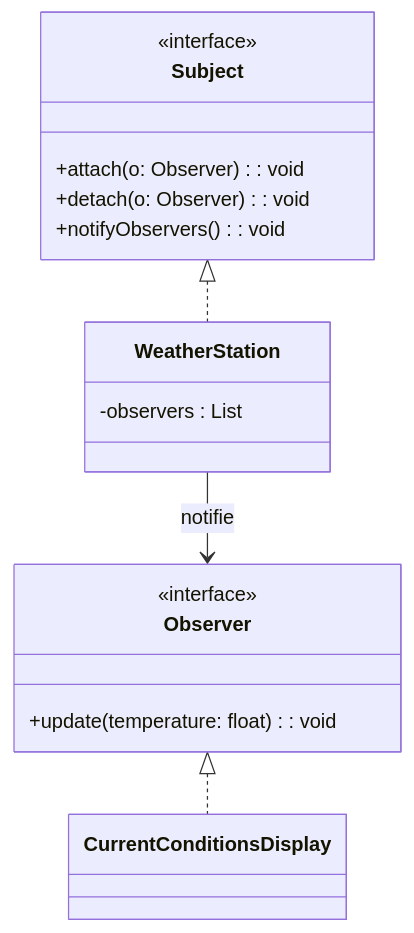
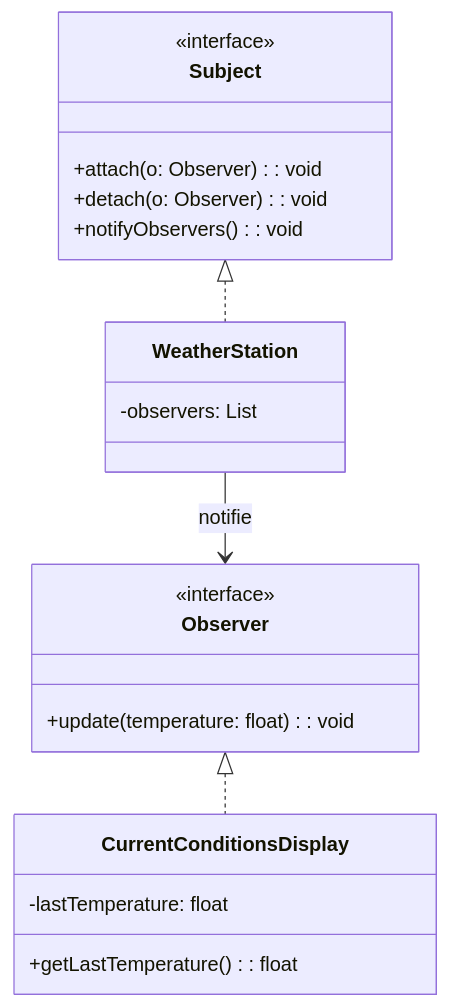
One commit to ophenix-maisonneuve/420-930-ma-site-web changed the diagram in _notes/patterns/comportement/pattern-observer.md. Above: the diagram before and after it, drawn with Mermaid.

Commit message:
correction mineure diagramme classes observer

````diff
--- a/_notes/patterns/comportement/pattern-observer.md
+++ b/_notes/patterns/comportement/pattern-observer.md
@@ -30,19 +30,23 @@
 ```mermaid
 classDiagram
 class Subject {
   <<interface>>
   +attach(o: Observer): void
   +detach(o: Observer): void
   +notifyObservers(): void
 }
 class Observer {
   <<interface>>
   +update(temperature: float): void
 }
 class WeatherStation {
-    -observers : List<Observer>
+    -observers: List<Observer>
+}
+class CurrentConditionsDisplay {
+    -lastTemperature: float
+    +getLastTemperature(): float
 }
 Subject <|.. WeatherStation
 Observer <|.. CurrentConditionsDisplay
 WeatherStation --> Observer : notifie
 ```
````
